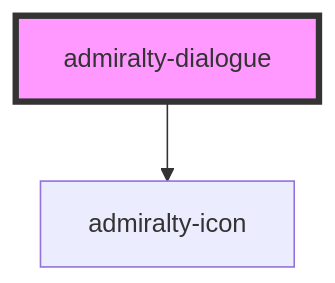
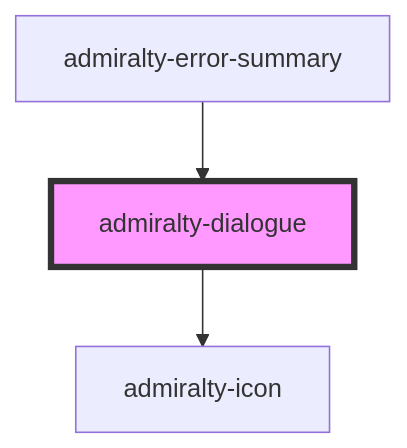
One commit to UKHO/admiralty-design-system changed the diagram in packages/core/src/components/dialogue/readme.md. Above: the diagram before and after it, drawn with Mermaid. The commit also changed other lines of this file and 57 other files, not shown here.

Commit message:
Move error summary to own component

````diff
--- a/packages/core/src/components/dialogue/readme.md
+++ b/packages/core/src/components/dialogue/readme.md
@@ -24,5 +28,6 @@
 ```mermaid
 graph TD;
   admiralty-dialogue --> admiralty-icon
+  admiralty-error-summary --> admiralty-dialogue
   style admiralty-dialogue fill:#f9f,stroke:#333,stroke-width:4px
 ```
````
